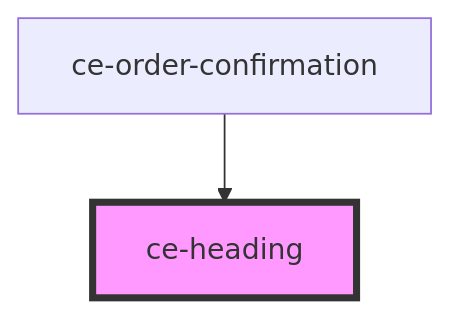
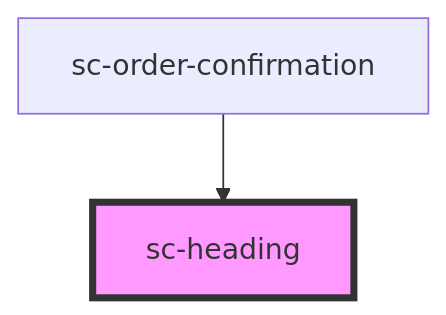
The diagram in packages/components/src/components/ui/heading/readme.md (surecart/surecart-wp-plugin), drawn with Mermaid before and after one commit. The commit also changed other lines of this file and 1281 other files, not shown here.

````diff
--- a/packages/components/src/components/ui/heading/readme.md
+++ b/packages/components/src/components/ui/heading/readme.md
@@ -29,5 +29,5 @@
 ```mermaid
 graph TD;
-  ce-order-confirmation --> ce-heading
-  style ce-heading fill:#f9f,stroke:#333,stroke-width:4px
+  sc-order-confirmation --> sc-heading
+  style sc-heading fill:#f9f,stroke:#333,stroke-width:4px
 ```
````
